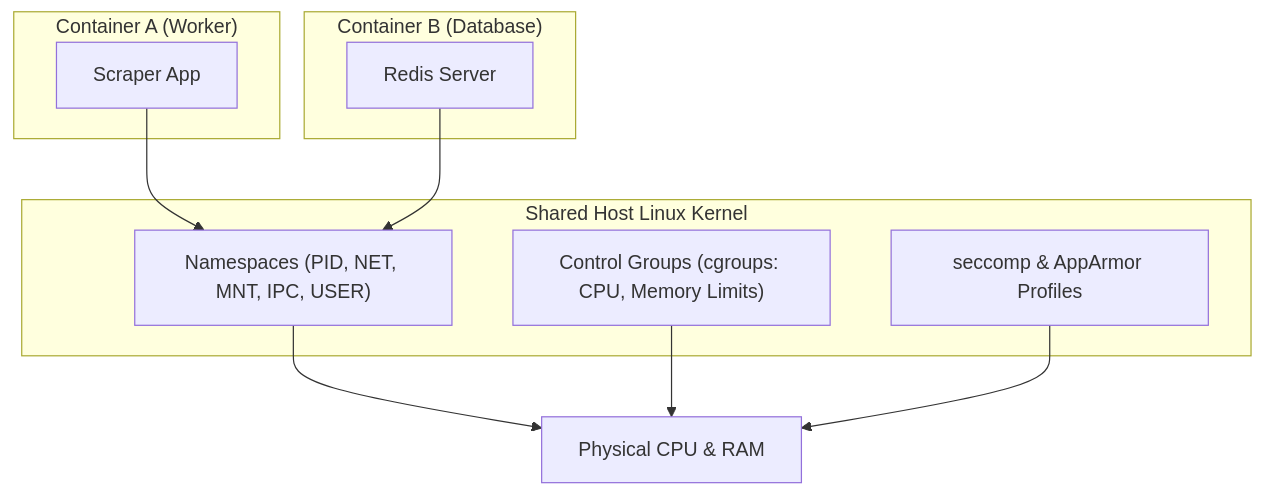
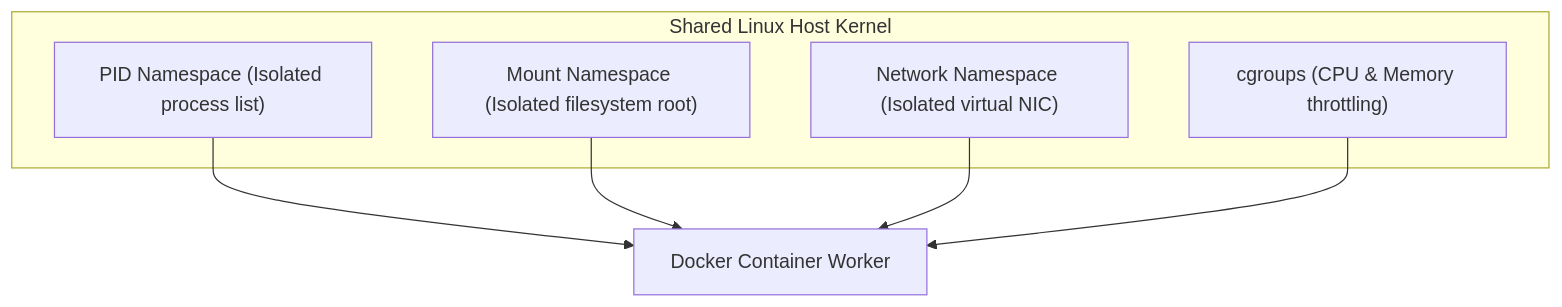
One commit to naimurhasan/naimurhasan.github.io changed the third of 4 diagrams in _posts/2026-11-17-browser-sandbox-vs-container-vs-virtual-machine.md. Above: the diagram before and after it, drawn with Mermaid. The commit also changed other lines of this file and 23 other files, not shown here.

````diff
--- a/_posts/2026-11-17-browser-sandbox-vs-container-vs-virtual-machine.md
+++ b/_posts/2026-11-17-browser-sandbox-vs-container-vs-virtual-machine.md
@@ -158,20 +72,10 @@
 ```mermaid
 flowchart TD
-  subgraph ContainerA ["Container A (Worker)"]
-    App1["Scraper App"]
+  subgraph HostKernel ["Shared Linux Host Kernel"]
+    N1["PID Namespace (Isolated process list)"]
+    N2["Mount Namespace (Isolated filesystem root)"]
+    N3["Network Namespace (Isolated virtual NIC)"]
+    N4["cgroups (CPU & Memory throttling)"]
   end
-
-  subgraph ContainerB ["Container B (Database)"]
-    App2["Redis Server"]
-  end
-
-  subgraph HostKernel ["Shared Host Linux Kernel"]
-    NS["Namespaces (PID, NET, MNT, IPC, USER)"]
-    CG["Control Groups (cgroups: CPU, Memory Limits)"]
-    SEC["seccomp & AppArmor Profiles"]
-  end
-
-  App1 --> NS
-  App2 --> NS
-  NS & CG & SEC --> Hardware["Physical CPU & RAM"]
+  N1 & N2 & N3 & N4 --> Container["Docker Container Worker"]
 ```
````
